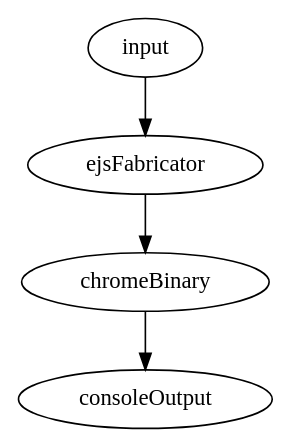
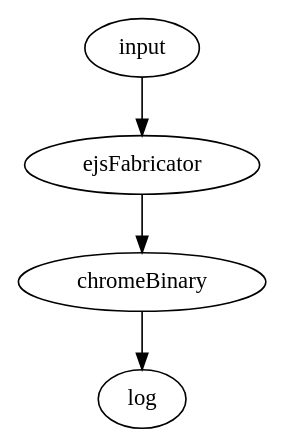
Before and after one commit to googlearchive/erlnmyr: the diagram in examples/chromeBinary.dot, drawn with Graphviz. The commit also changed 1 other file, not shown here.

```diff
--- a/examples/chromeBinary.dot
+++ b/examples/chromeBinary.dot
@@ -1,10 +1,9 @@
 digraph chromeBinaryTest {
 
   imports="['chromium-phases']"
 
   input [data="./example.ejs"]
-  chromeBinary [version="323860", chromium="<path to chromium/src>", platform="linux"]
 
-  input -> ejsFabricator -> chromeBinary -> consoleOutput;
+  input -> ejsFabricator -> chromeBinary -> log;
 
 }
```
